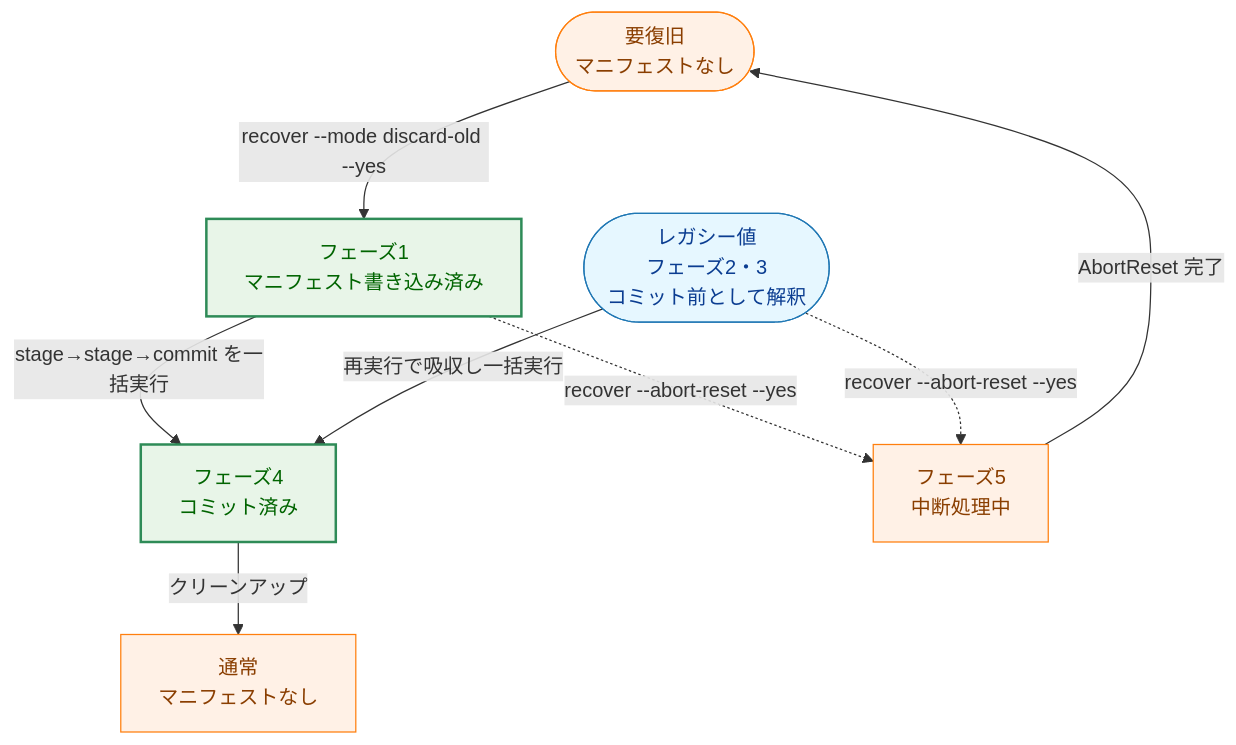
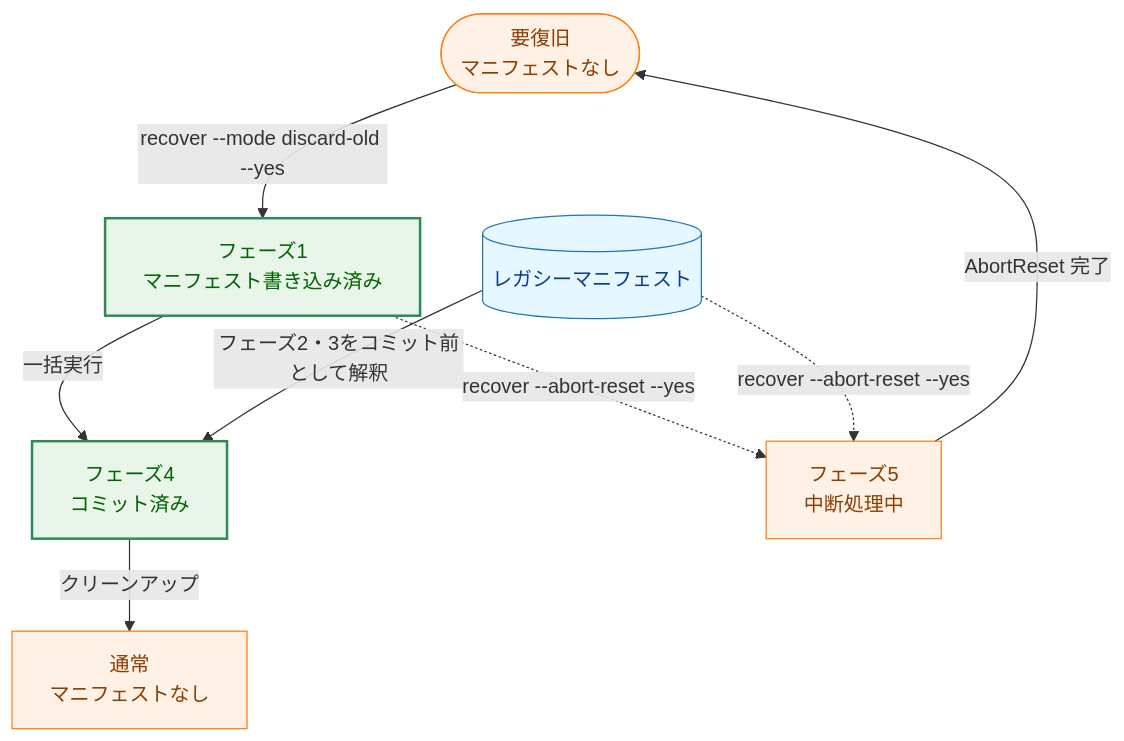
One commit to isseis/tlsrpt-digest changed the third of 14 diagrams in docs/tasks/0080_reset_phase_simplify/02_architecture.ja.md. Above: the diagram before and after it, drawn with Mermaid. The commit also changed other lines of this file, not shown here.

First line of the commit message:
Address architecture review findings for reset phase simplification

````diff
--- a/docs/tasks/0080_reset_phase_simplify/02_architecture.ja.md
+++ b/docs/tasks/0080_reset_phase_simplify/02_architecture.ja.md
@@ -78,25 +90,25 @@
 ```mermaid
 flowchart TD
     classDef process fill:#fff1e6,stroke:#ff7f0e,stroke-width:1px,color:#8a3e00;
     classDef enhanced fill:#e8f5e8,stroke:#2e8b57,stroke-width:2px,color:#006400;
     classDef data fill:#e6f7ff,stroke:#1f77b4,stroke-width:1px,color:#0b3d91;
 
     RR(["要復旧<br>マニフェストなし"])
     P1["フェーズ1<br>マニフェスト書き込み済み"]
-    Legacy(["レガシー値<br>フェーズ2・3<br>コミット前として解釈"])
+    Legacy[("レガシーマニフェスト")]
     P4["フェーズ4<br>コミット済み"]
     P5["フェーズ5<br>中断処理中"]
     Normal["通常<br>マニフェストなし"]
 
     RR -->|"recover --mode discard-old --yes"| P1
-    P1 -->|"stage→stage→commit を一括実行"| P4
-    Legacy -->|"再実行で吸収し一括実行"| P4
+    P1 -->|"一括実行"| P4
+    Legacy -->|"フェーズ2・3をコミット前として解釈"| P4
     P4 -->|"クリーンアップ"| Normal
     P1 -.->|"recover --abort-reset --yes"| P5
     Legacy -.->|"recover --abort-reset --yes"| P5
     P5 -->|"AbortReset 完了"| RR
 
     class P1,P4 enhanced
     class P5,Normal,RR process
     class Legacy data
 ```
````
